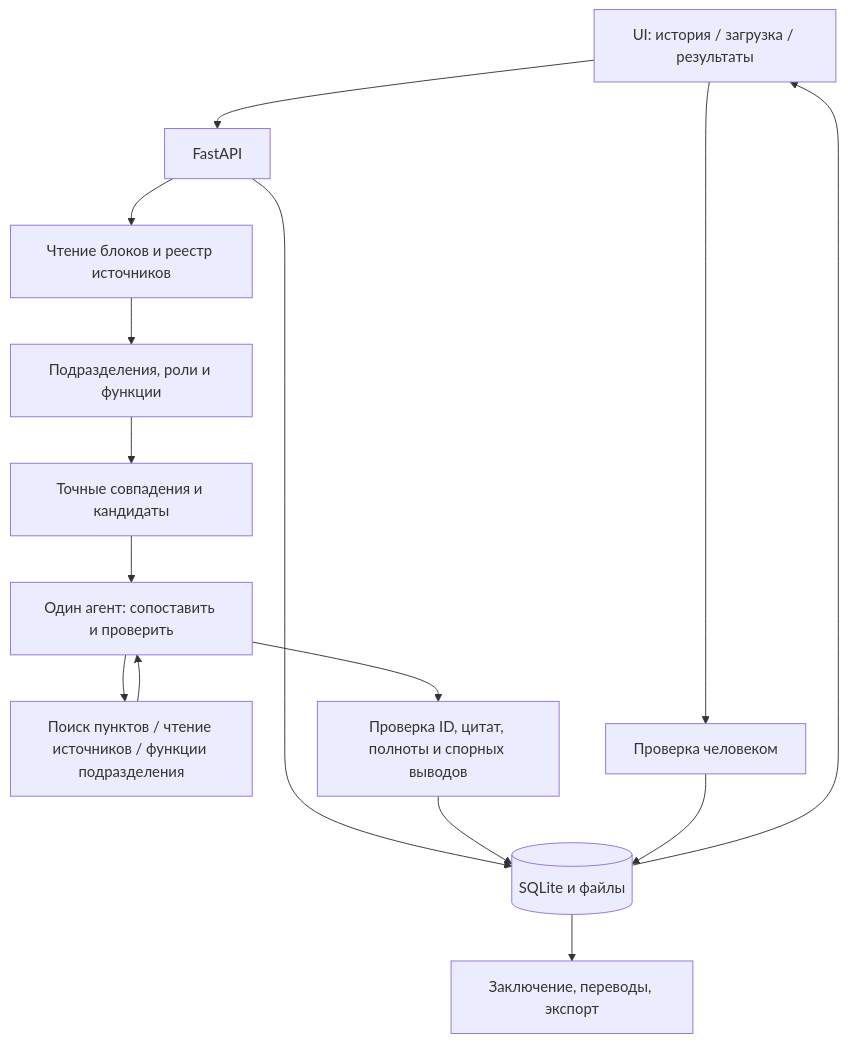
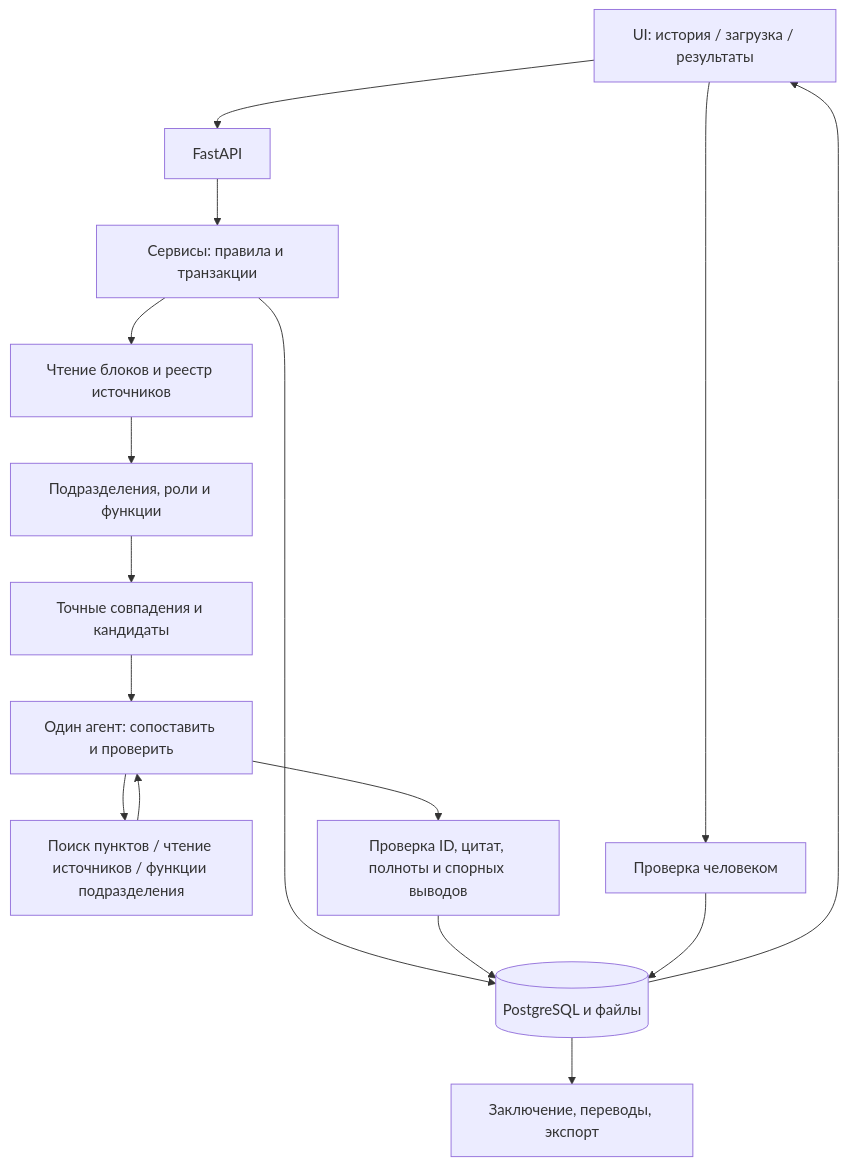
Before and after one commit to BAITC-Hacks/hack-c49fe1b9-delphi: the diagram in docs/architecture.md, drawn with Mermaid. The commit also changed other lines of this file and 92 other files, not shown here.

```diff
--- a/docs/architecture.md
+++ b/docs/architecture.md
@@ -29,17 +32,18 @@
 ~~~mermaid
 flowchart TD
     UI["UI: история / загрузка / результаты"] --> API["FastAPI"]
-    API --> DB[("SQLite и файлы")]
-    API --> Parse["Чтение блоков и реестр источников"]
+    API --> Services["Сервисы: правила и транзакции"]
+    Services --> DB[("PostgreSQL и файлы")]
+    Services --> Parse["Чтение блоков и реестр источников"]
     Parse --> Extract["Подразделения, роли и функции"]
     Extract --> Match["Точные совпадения и кандидаты"]
     Match --> Agent["Один агент: сопоставить и проверить"]
     Agent --> Tools["Поиск пунктов / чтение источников / функции подразделения"]
     Tools --> Agent
     Agent --> Validate["Проверка ID, цитат, полноты и спорных выводов"]
     Validate --> DB
     DB --> UI
     UI --> Review["Проверка человеком"]
     Review --> DB
     DB --> Report["Заключение, переводы, экспорт"]
 ~~~
```
